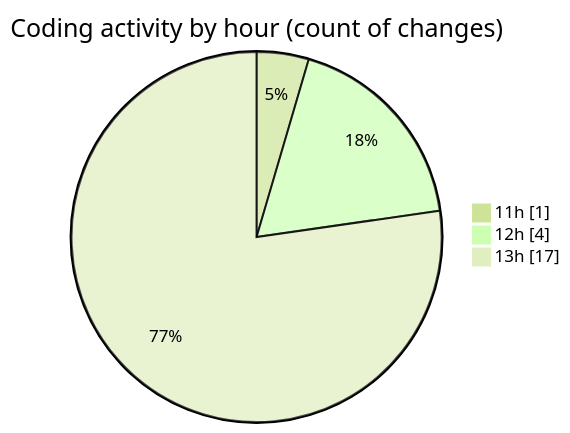
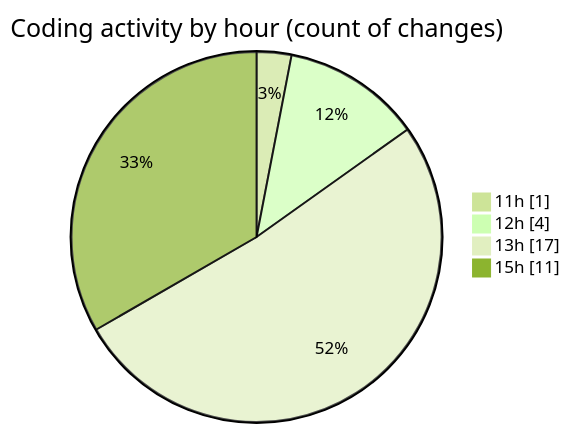
Before and after one commit to nxtqubesakshisongat/code-tracking: the second of 2 diagrams in 2025-09-28/nxtqube_webapp/README.md, drawn with Mermaid (forest theme). The commit also changed other lines of this file and 1 other file, not shown here.

````diff
--- a/2025-09-28/nxtqube_webapp/README.md
+++ b/2025-09-28/nxtqube_webapp/README.md
@@ -29,7 +29,8 @@
 ```mermaid
 pie showData
 title Coding activity by hour (count of changes)
 "11h" : 1
 "12h" : 4
 "13h" : 17
+"15h" : 11
 ```
````
